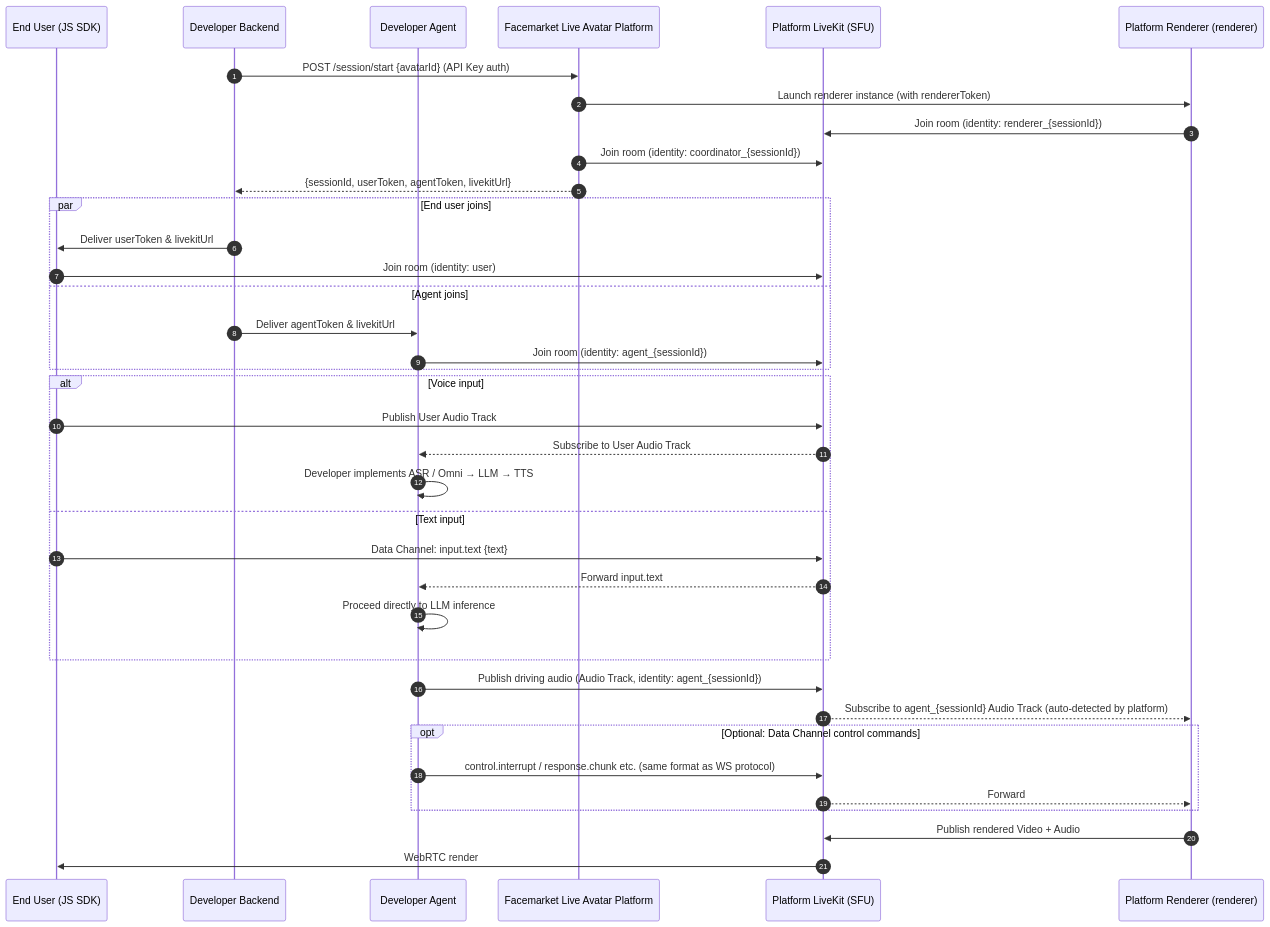
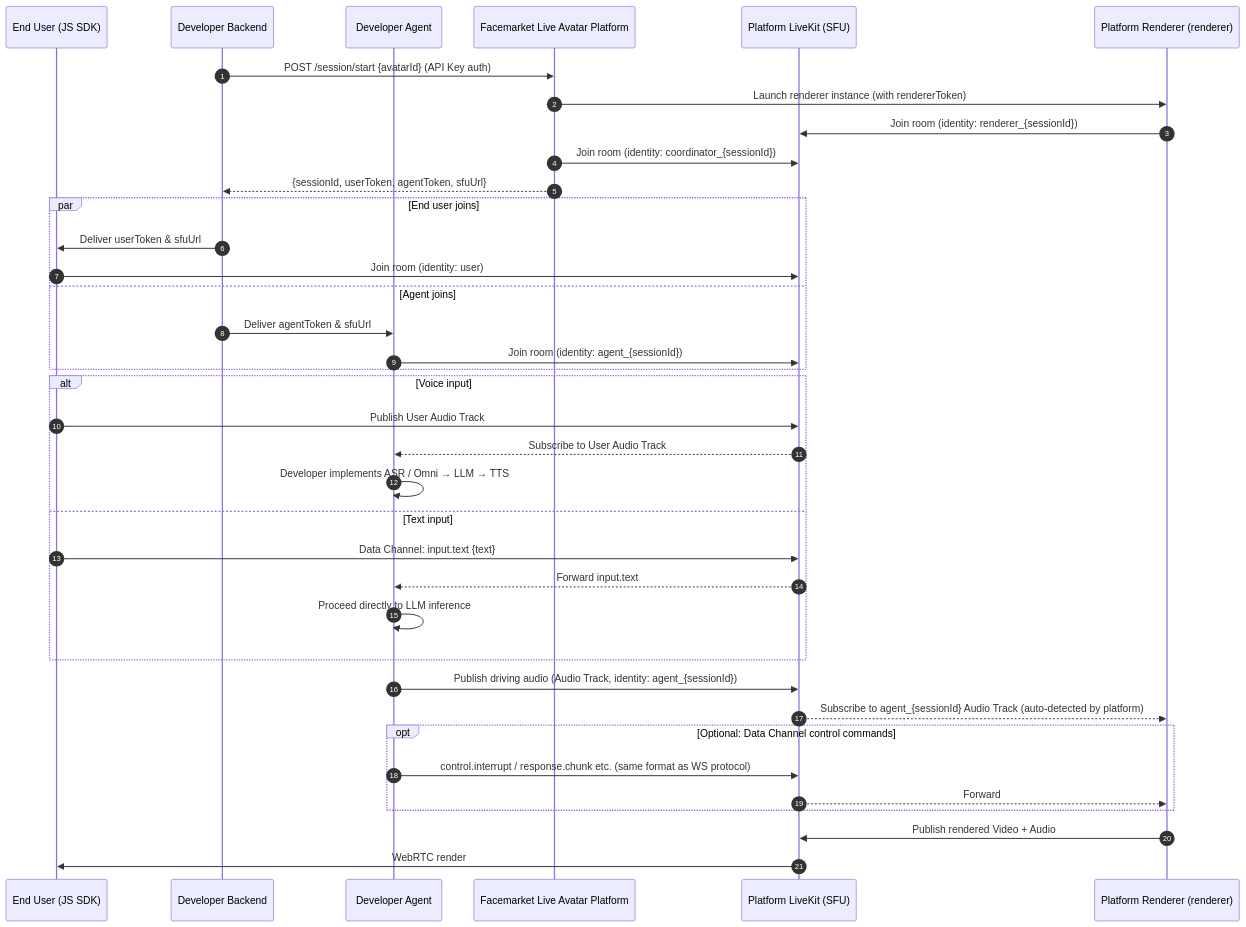
The fourth of 5 diagrams in Live Avatar Integration Guide.md (newportAI-lab/liveavatar-integration-guide), drawn with Mermaid before and after one commit. The commit also changed other lines of this file, not shown here.

````diff
--- a/Live Avatar Integration Guide.md
+++ b/Live Avatar Integration Guide.md
@@ -490,43 +465,43 @@
 ```mermaid
 sequenceDiagram
     autonumber
     participant Client as End User (JS SDK)
     participant Backend as Developer Backend
     participant Agent as Developer Agent
     participant Platform as Facemarket Live Avatar Platform
     participant LiveKit as Platform LiveKit (SFU)
     participant Renderer as Platform Renderer (renderer)
 
     Backend->>Platform: POST /session/start {avatarId} (API Key auth)
     Platform->>Renderer: Launch renderer instance (with rendererToken)
     Renderer->>LiveKit: Join room (identity: renderer_{sessionId})
     Platform->>LiveKit: Join room (identity: coordinator_{sessionId})
-    Platform-->>Backend: {sessionId, userToken, agentToken, livekitUrl}
+    Platform-->>Backend: {sessionId, userToken, agentToken, sfuUrl}
 
     par End user joins
-        Backend->>Client: Deliver userToken & livekitUrl
+        Backend->>Client: Deliver userToken & sfuUrl
         Client->>LiveKit: Join room (identity: user)
     and Agent joins
-        Backend->>Agent: Deliver agentToken & livekitUrl
+        Backend->>Agent: Deliver agentToken & sfuUrl
         Agent->>LiveKit: Join room (identity: agent_{sessionId})
     end
 
     alt Voice input
         Client->>LiveKit: Publish User Audio Track
         LiveKit-->>Agent: Subscribe to User Audio Track
         Agent->>Agent: Developer implements ASR / Omni → LLM → TTS
     else Text input
         Client->>LiveKit: Data Channel: input.text {text}
         LiveKit-->>Agent: Forward input.text
         Agent->>Agent: Proceed directly to LLM inference
     end
 
     Agent->>LiveKit: Publish driving audio (Audio Track, identity: agent_{sessionId})
     LiveKit-->>Renderer: Subscribe to agent_{sessionId} Audio Track (auto-detected by platform)
     opt Optional: Data Channel control commands
         Agent->>LiveKit: control.interrupt / response.chunk etc. (same format as WS protocol)
         LiveKit-->>Renderer: Forward
     end
     Renderer->>LiveKit: Publish rendered Video + Audio
     LiveKit->>Client: WebRTC render
 ```
````
